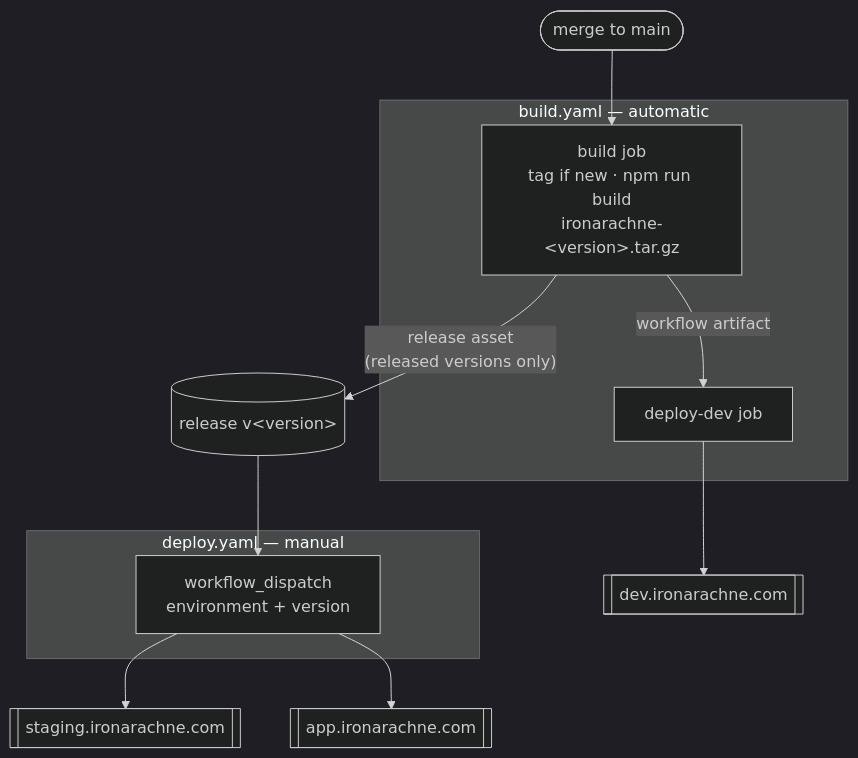
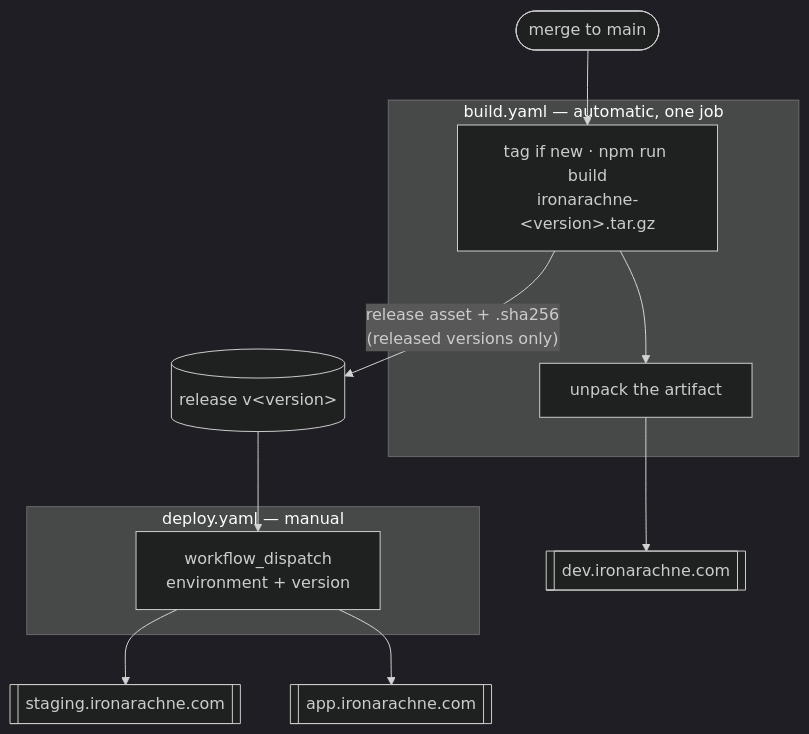
The diagram in docs/deployment.md (ironarachne/ironarachne), drawn with Mermaid (dark theme) before and after one commit. The commit also changed other lines of this file and 2 other files, not shown here.

First line of the commit message:
Build and deploy in one job: this host has no workflow artifacts

````diff
--- a/docs/deployment.md
+++ b/docs/deployment.md
@@ -12,21 +13,21 @@
 ```mermaid
 graph TD
     merge([merge to main]) --> build
 
-    subgraph buildwf["build.yaml — automatic"]
-        build["build job<br/>tag if new · npm run build<br/>ironarachne-&lt;version&gt;.tar.gz"]
-        devjob["deploy-dev job"]
-        build -->|workflow artifact| devjob
+    subgraph buildwf["build.yaml — automatic, one job"]
+        build["tag if new · npm run build<br/>ironarachne-&lt;version&gt;.tar.gz"]
+        unpack["unpack the artifact"]
+        build --> unpack
     end
 
-    build -->|"release asset<br/>(released versions only)"| release[("release v&lt;version&gt;")]
-    devjob --> dev[["dev.ironarachne.com"]]
+    build -->|"release asset + .sha256<br/>(released versions only)"| release[("release v&lt;version&gt;")]
+    unpack --> dev[["dev.ironarachne.com"]]
 
     subgraph deploywf["deploy.yaml — manual"]
         dispatch["workflow_dispatch<br/>environment + version"]
     end
 
     release --> dispatch
     dispatch --> staging[["staging.ironarachne.com"]]
     dispatch --> prod[["app.ironarachne.com"]]
 ```
````
